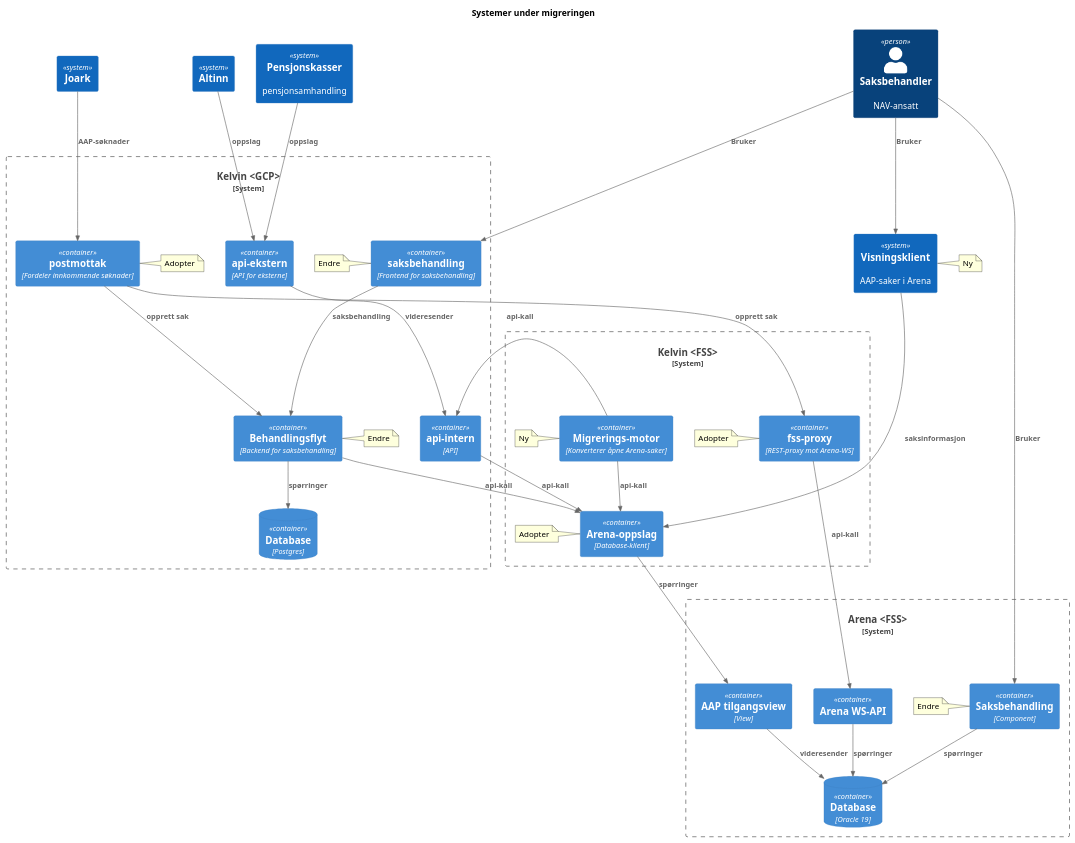
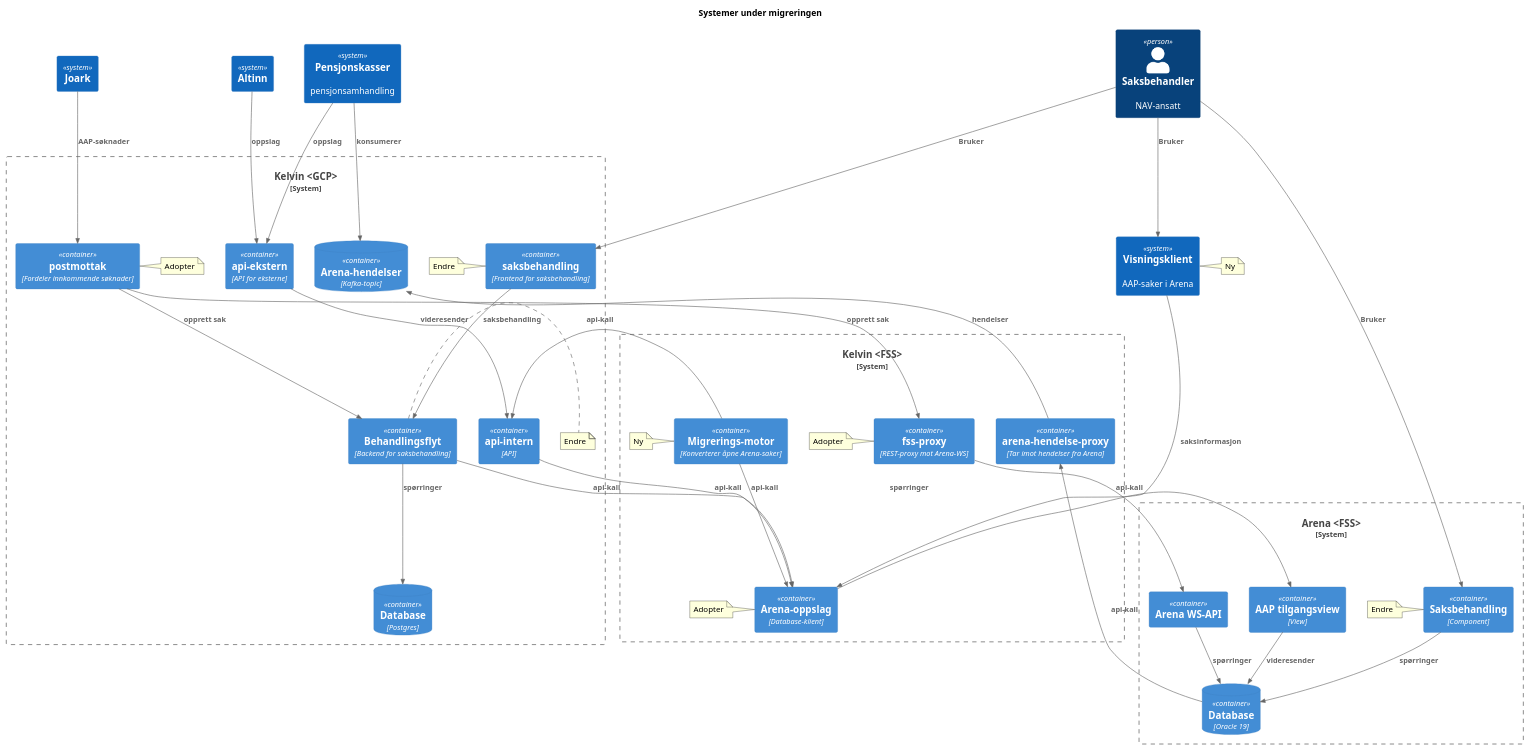
One commit to navikt/aap-arenaoppslag changed the diagram in docs/component_overview_during.plantuml. Above: the diagram before and after it, drawn with PlantUML. The commit also changed 1 other file, not shown here.

Commit message:
doc: legg til arena-hendelse-proxy som manglet
[ci skip]

```diff
--- a/docs/component_overview_during.plantuml
+++ b/docs/component_overview_during.plantuml
@@ -1,77 +1,81 @@
 @startuml
 !include https://raw.githubusercontent.com/plantuml-stdlib/C4-PlantUML/master/C4_Container.puml
 title Systemer under migreringen
 
 System_Boundary(arena, "Arena <FSS>") {
     ContainerDb(arena_db, "Database", "Oracle 19")
     Container(aap_tilgangsview, "AAP tilgangsview", "View")
     Container(saksbehandling_arena, "Saksbehandling", "Component")
             note left of saksbehandling_arena : Endre
     Container(arena_ws_api, "Arena WS-API")
 
     Rel(aap_tilgangsview, arena_db, "videresender")
     Rel(arena_ws_api, arena_db, "spørringer")
     Rel(saksbehandling_arena, arena_db, "spørringer")
 
 }
 
 System_Boundary(kelvin, "Kelvin <GCP>") {
 
     Container(postmottak, "postmottak", "Fordeler innkommende søknader")
         note left of postmottak : Adopter
 
     Container(saksbehandling_kelvin, "saksbehandling", "Frontend for saksbehandling")
         note left of saksbehandling_kelvin : Endre
     Container(behandlingsflyt, "Behandlingsflyt", "Backend for saksbehandling")
         note right of behandlingsflyt : Endre
 
     Container(api_intern, "api-intern", "API")
     Container(api_ekstern, "api-ekstern", "API for eksterne")
 
     ContainerDb(kelvin_db, "Database", "Postgres")
+    ContainerDb(arena_hendelse_topic, "Arena-hendelser", "Kafka-topic")
 
     Rel(api_ekstern, api_intern, "videresender")
     Rel(behandlingsflyt, kelvin_db, "spørringer")
     Rel(saksbehandling_kelvin, behandlingsflyt, "saksbehandling")
 }
 
 System_Boundary(kelvin_fss, "Kelvin <FSS>") {
+    Container(arena_oppslag, "Arena-oppslag", "Database-klient")
+        note left of arena_oppslag : Adopter
     Container(aap_fss_proxy, "fss-proxy", "REST-proxy mot Arena-WS")
             note left of aap_fss_proxy : Adopter
-    Container(arena_oppslag, "Arena-oppslag", "Database-klient")
-        note left of arena_oppslag : Adopter
-
+    Container(arena_hendelse_proxy, "arena-hendelse-proxy", "Tar imot hendelser fra Arena")
     Container(migrering, "Migrerings-motor", "Konverterer åpne Arena-saker")
         note left of migrering : Ny
 
     Rel(arena_oppslag, aap_tilgangsview, "spørringer")
 
     Rel(api_intern, arena_oppslag, "api-kall")
     Rel(postmottak, aap_fss_proxy, "opprett sak")
     Rel(postmottak, behandlingsflyt, "opprett sak")
 
 
     Rel(aap_fss_proxy, arena_ws_api, "api-kall")
+    Rel(arena_db, arena_hendelse_proxy, "api-kall")
+    Rel(arena_hendelse_proxy, arena_hendelse_topic, "hendelser")
     Rel(migrering, arena_oppslag, "api-kall")
     Rel(behandlingsflyt, arena_oppslag, "api-kall")
     Rel(migrering, api_intern, "api-kall")
 }
 
 System(joark, "Joark")
 System(altinn, "Altinn")
 System(pensjonkasser, "Pensjonskasser", "pensjonsamhandling")
 Rel(pensjonkasser, api_ekstern, "oppslag")
+Rel(pensjonkasser, arena_hendelse_topic, "konsumerer")
 Rel(joark, postmottak, "AAP-søknader")
 Rel(altinn, api_ekstern, "oppslag")
 
 System(visningsklient, "Visningsklient", "AAP-saker i Arena")
 note right of visningsklient : Ny
 Rel(visningsklient, arena_oppslag, "saksinformasjon")
 
 Person(saksbehandler, "Saksbehandler", "NAV-ansatt")
 
 Rel(saksbehandler, saksbehandling_kelvin, "Bruker")
 Rel(saksbehandler, saksbehandling_arena, "Bruker")
 Rel(saksbehandler, visningsklient, "Bruker")
 
 @enduml
```
